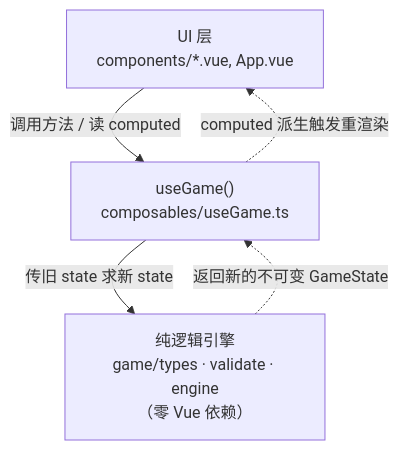
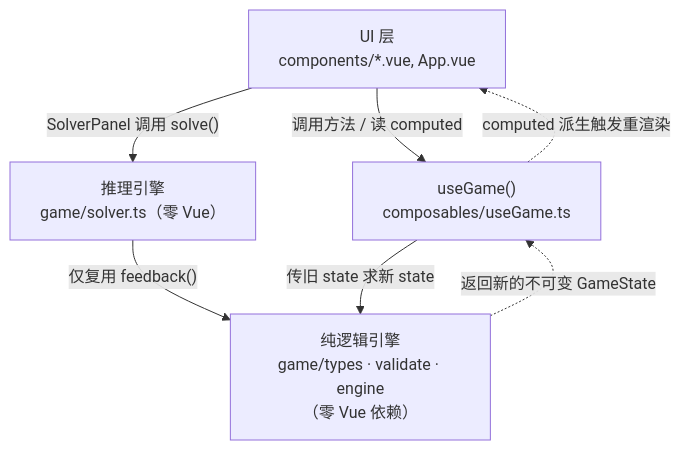
Before and after one commit to verdenmax/number-guessing-game: the first of 2 diagrams in docs/L1-overview.md, drawn with Mermaid. The commit also changed other lines of this file and 7 other files, not shown here.

````diff
--- a/docs/L1-overview.md
+++ b/docs/L1-overview.md
@@ -44,10 +52,13 @@
 ```mermaid
 flowchart TD
     UI["UI 层<br/>components/*.vue, App.vue"]
+    Solver["推理引擎<br/>game/solver.ts（零 Vue）"]
     Hook["useGame()<br/>composables/useGame.ts"]
     Engine["纯逻辑引擎<br/>game/types · validate · engine<br/>（零 Vue 依赖）"]
     UI -->|"调用方法 / 读 computed"| Hook
+    UI -->|"SolverPanel 调用 solve()"| Solver
+    Solver -->|"仅复用 feedback()"| Engine
     Hook -->|"传旧 state 求新 state"| Engine
     Engine -.->|"返回新的不可变 GameState"| Hook
     Hook -.->|"computed 派生触发重渲染"| UI
 ```
````
